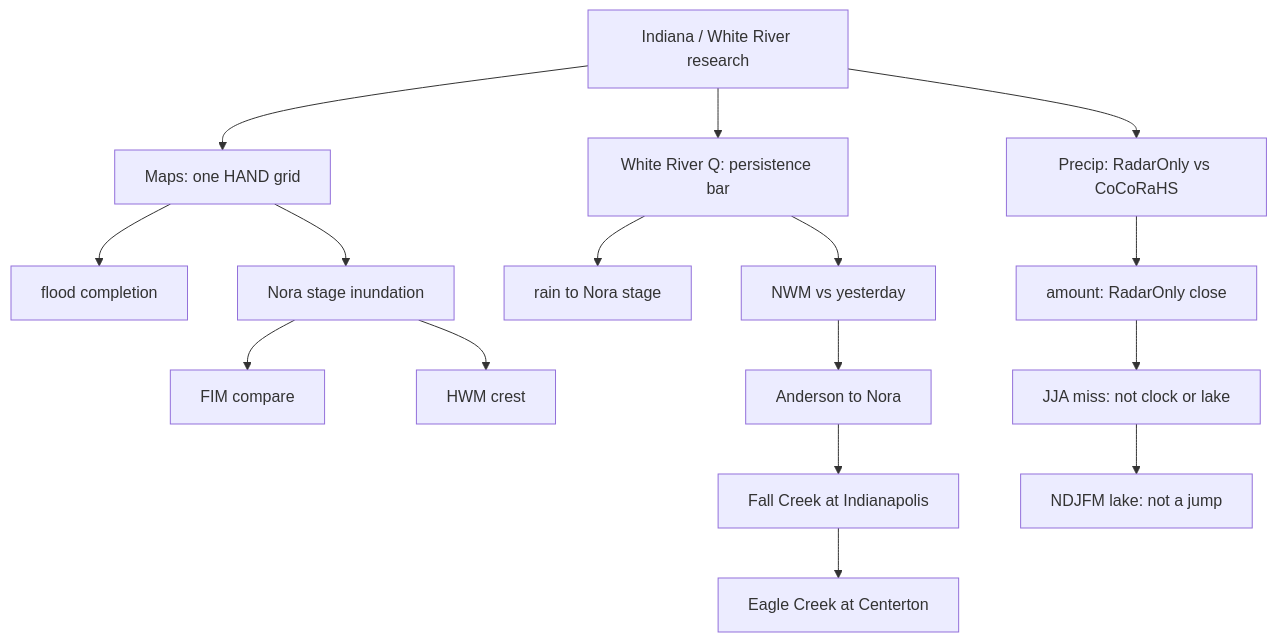
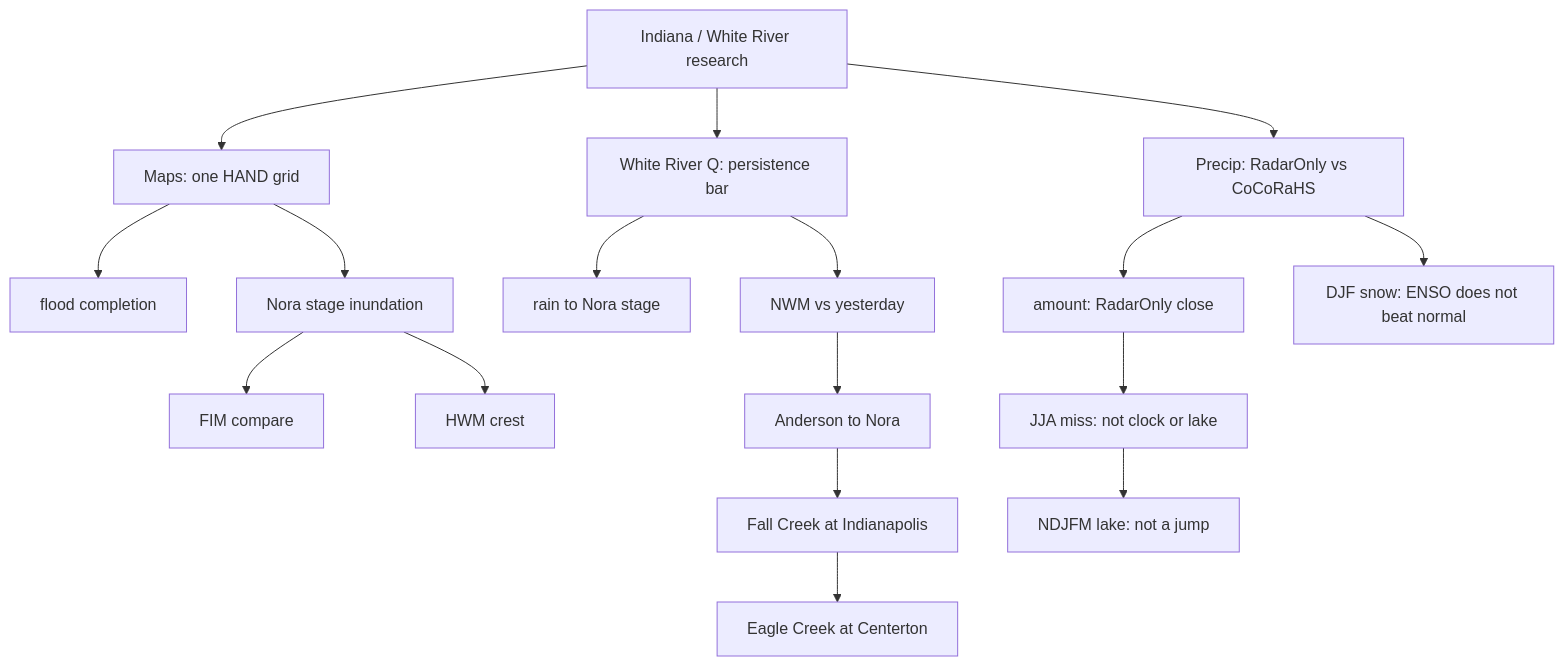
One commit to martialsystems/.github changed the diagram in profile/README.md. Above: the diagram before and after it, drawn with Mermaid. The commit also changed other lines of this file and 3 other files, not shown here.

First line of the commit message:
Add DJF snow tercile to the precip lane.

````diff
--- a/profile/README.md
+++ b/profile/README.md
@@ -42,19 +45,20 @@
 ```mermaid
 flowchart TD
   R["Indiana / White River research"]
   R --> M["Maps: one HAND grid"]
   R --> Q["White River Q: persistence bar"]
   R --> P["Precip: RadarOnly vs CoCoRaHS"]
   M --> M1["flood completion"]
   M --> M2["Nora stage inundation"]
   M2 --> M3["FIM compare"]
   M2 --> M4["HWM crest"]
   Q --> Q1["rain to Nora stage"]
   Q --> Q2["NWM vs yesterday"]
   Q2 --> Q3["Anderson to Nora"]
   Q3 --> Q4["Fall Creek at Indianapolis"]
   Q4 --> Q5["Eagle Creek at Centerton"]
   P --> P1["amount: RadarOnly close"]
   P1 --> P2["JJA miss: not clock or lake"]
   P2 --> P3["NDJFM lake: not a jump"]
+  P --> P4["DJF snow: ENSO does not beat normal"]
 ```
````
